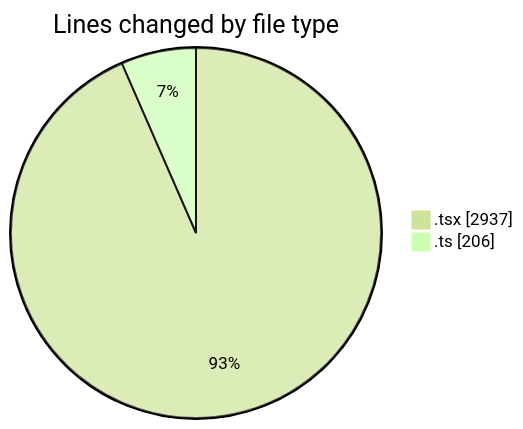
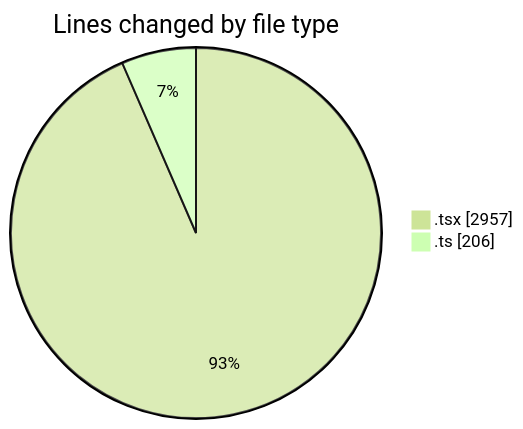
The first of 2 diagrams in 2025-09-23/cda/README.md (momahboobian/code-tracking), drawn with Mermaid (forest theme) before and after one commit. The commit also changed other lines of this file and 1 other file, not shown here.

````diff
--- a/2025-09-23/cda/README.md
+++ b/2025-09-23/cda/README.md
@@ -25,6 +25,6 @@
 ```mermaid
 pie showData
 title Lines changed by file type
-".tsx" : 2937
+".tsx" : 2957
 ".ts" : 206
 ```
````
